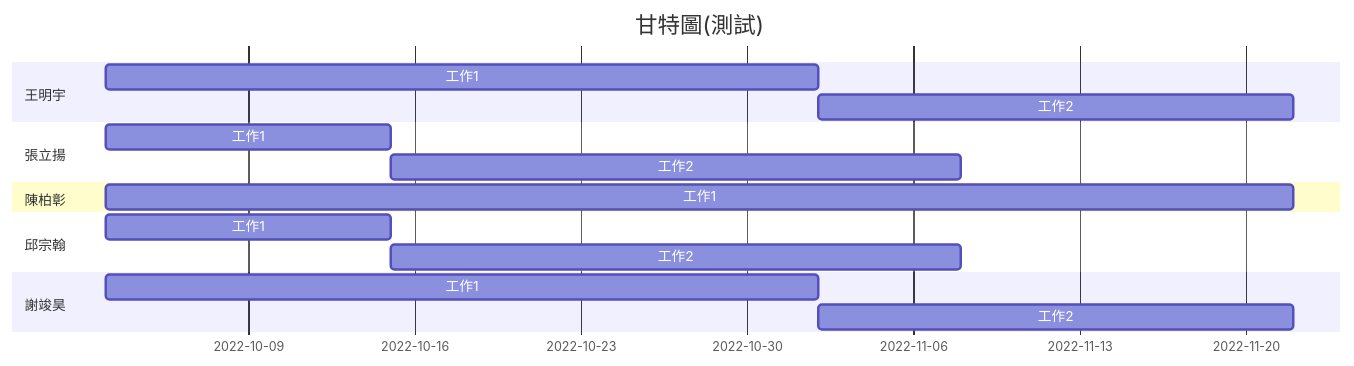
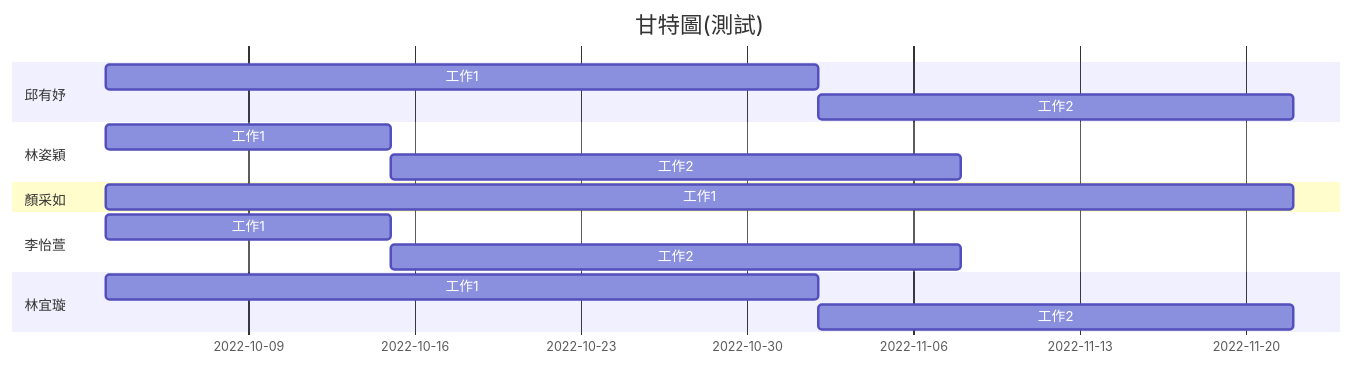
The diagram in README.md (Hsxxnil/SystemAnalysis-group15), drawn with Mermaid before and after one commit.

````diff
--- a/README.md
+++ b/README.md
@@ -11,22 +11,22 @@
 ```mermaid
 gantt
     title 甘特圖(測試)
-    section 王明宇
+    section 邱有妤
     工作1 :a1, 2022-10-03, 30d
     工作2 :after a1  , 20d
     
-    section 張立揚
+    section 林姿穎
     工作1 :2022-10-03  , 12d
     工作2 : 24d
     
-    section 陳柏彰
+    section 顏采如
     工作1 :2022-10-03, 50d
     
-    section 邱宗翰
+    section 李怡萱
     工作1 :2022-10-03  , 12d
     工作2 : 24d
     
-    section 謝竣昊
+    section 林宜璇
     工作1 :a1, 2022-10-03, 30d
     工作2 :after a1  , 20d
 ```
````
